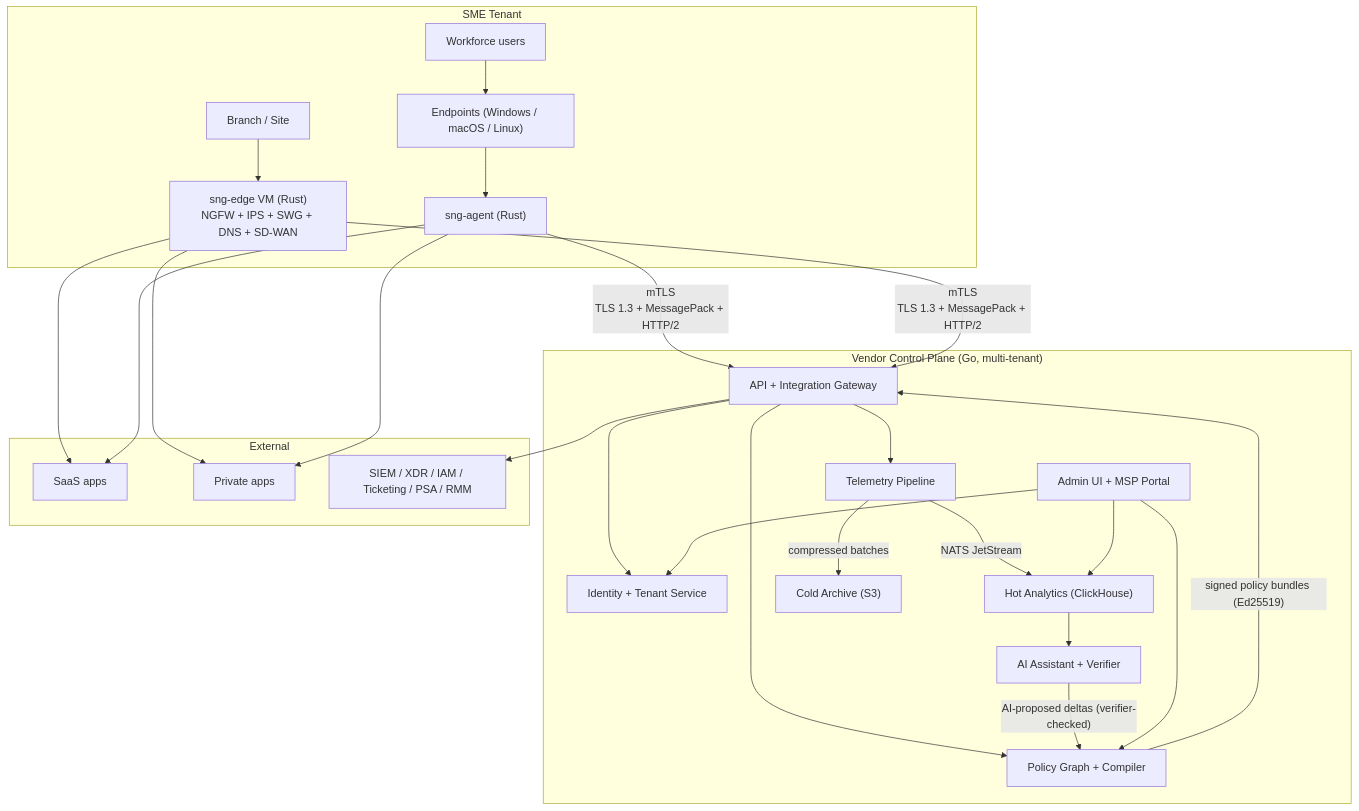
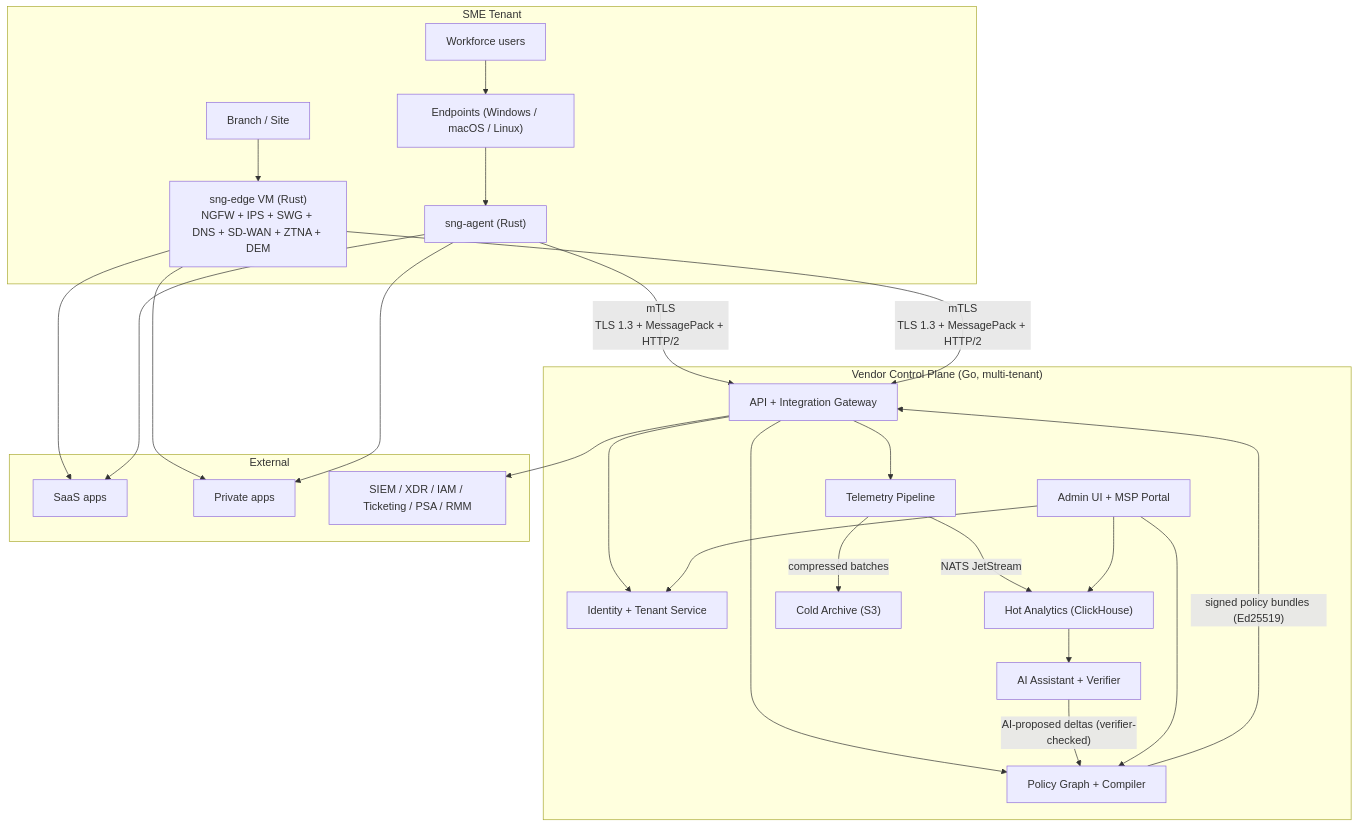
The first of 2 diagrams in ARCHITECTURE.md (kennguy3n/visible-fishbone), drawn with Mermaid before and after one commit. The commit also changed other lines of this file and 43 other files, not shown here.

First line of the commit message:
Update docs for SWG add-on verdict stages, clientless ZTNA, and DEM subsystem

````diff
--- a/ARCHITECTURE.md
+++ b/ARCHITECTURE.md
@@ -50,49 +52,49 @@
 ```mermaid
 graph TD
     subgraph "SME Tenant"
         Users["Workforce users"]
         Endpoints["Endpoints (Windows / macOS / Linux)"]
         Agent["sng-agent (Rust)"]
         Branch["Branch / Site"]
-        EdgeVM["sng-edge VM (Rust)<br/>NGFW + IPS + SWG + DNS + SD-WAN"]
+        EdgeVM["sng-edge VM (Rust)<br/>NGFW + IPS + SWG + DNS + SD-WAN + ZTNA + DEM"]
         Users --> Endpoints
         Endpoints --> Agent
         Branch --> EdgeVM
     end
 
     subgraph "Vendor Control Plane (Go, multi-tenant)"
         UI["Admin UI + MSP Portal"]
         Tenant["Identity + Tenant Service"]
         Policy["Policy Graph + Compiler"]
         TelemetryPipe["Telemetry Pipeline"]
         Hot["Hot Analytics (ClickHouse)"]
         Cold["Cold Archive (S3)"]
         AI["AI Assistant + Verifier"]
         APIGW["API + Integration Gateway"]
     end
 
     subgraph "External"
         SaaS["SaaS apps"]
         Private["Private apps"]
         Integrations["SIEM / XDR / IAM / Ticketing / PSA / RMM"]
     end
 
     Agent -->|"mTLS<br/>TLS 1.3 + MessagePack + HTTP/2"| APIGW
     EdgeVM -->|"mTLS<br/>TLS 1.3 + MessagePack + HTTP/2"| APIGW
     APIGW --> Tenant
     APIGW --> Policy
     APIGW --> TelemetryPipe
     Policy -->|"signed policy bundles (Ed25519)"| APIGW
     TelemetryPipe -->|"NATS JetStream"| Hot
     TelemetryPipe -->|"compressed batches"| Cold
     Hot --> AI
     AI -->|"AI-proposed deltas (verifier-checked)"| Policy
     UI --> Tenant
     UI --> Policy
     UI --> Hot
     APIGW --> Integrations
     EdgeVM --> SaaS
     EdgeVM --> Private
     Agent --> SaaS
     Agent --> Private
 ```
````
